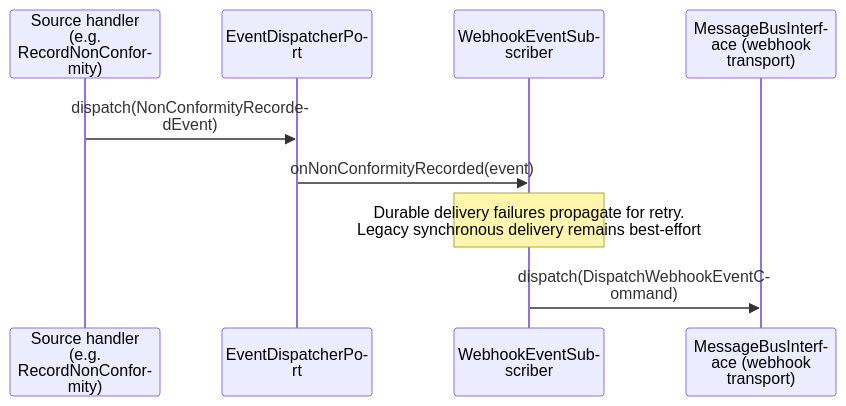
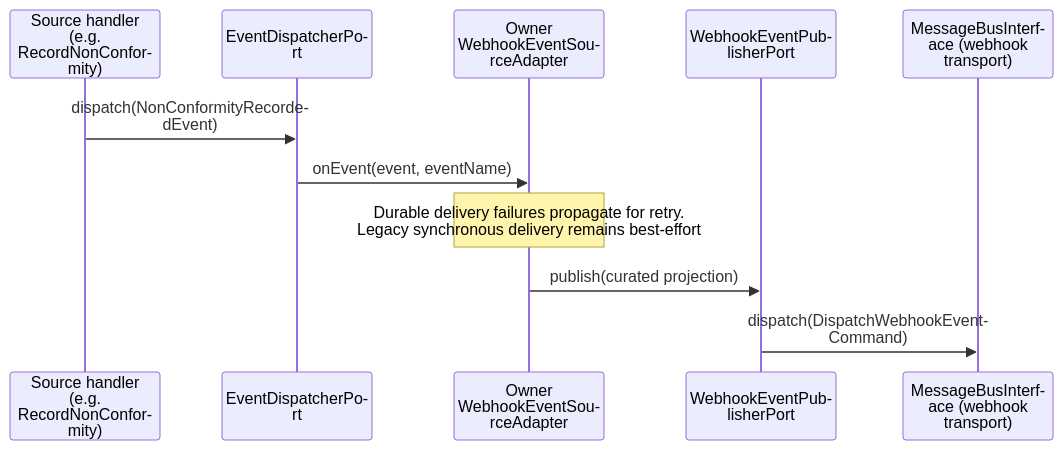
The first of 2 diagrams in src/Webhook/MODULE.md (DevSkyLex/fireguard-api), drawn with Mermaid before and after one commit. The commit also changed other lines of this file and 1478 other files, not shown here.

````diff
--- a/src/Webhook/MODULE.md
+++ b/src/Webhook/MODULE.md
@@ -103,16 +114,18 @@
 ```mermaid
 ---
 config:
   sequence:
     wrap: true
 ---
 sequenceDiagram
   participant Src as Source handler (e.g. RecordNonConformity)
   participant Disp as EventDispatcherPort
-  participant Sub as WebhookEventSubscriber
+  participant Sub as Owner WebhookEventSourceAdapter
+  participant Publisher as WebhookEventPublisherPort
   participant Bus as MessageBusInterface (webhook transport)
   Src->>Disp: dispatch(NonConformityRecordedEvent)
-  Disp->>Sub: onNonConformityRecorded(event)
+  Disp->>Sub: onEvent(event, eventName)
   Note over Sub: Durable delivery failures propagate for retry.<br/>Legacy synchronous delivery remains best-effort
-  Sub->>Bus: dispatch(DispatchWebhookEventCommand)
+  Sub->>Publisher: publish(curated projection)
+  Publisher->>Bus: dispatch(DispatchWebhookEventCommand)
 ```
````
